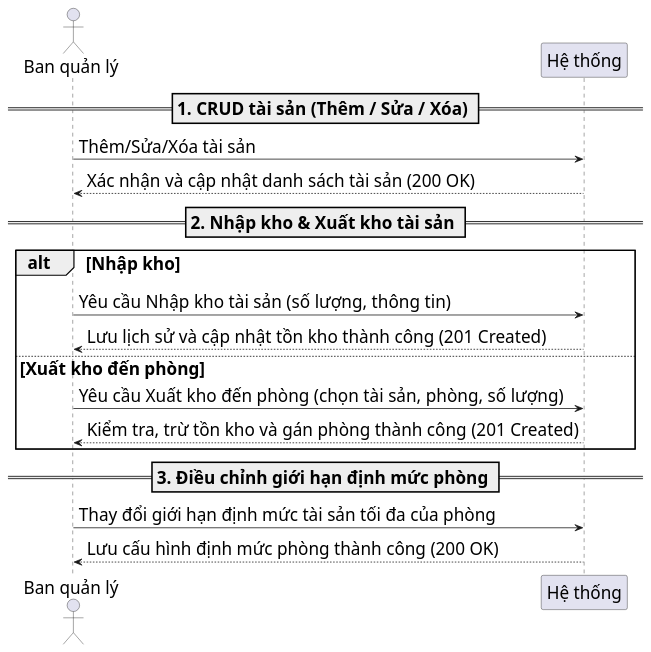
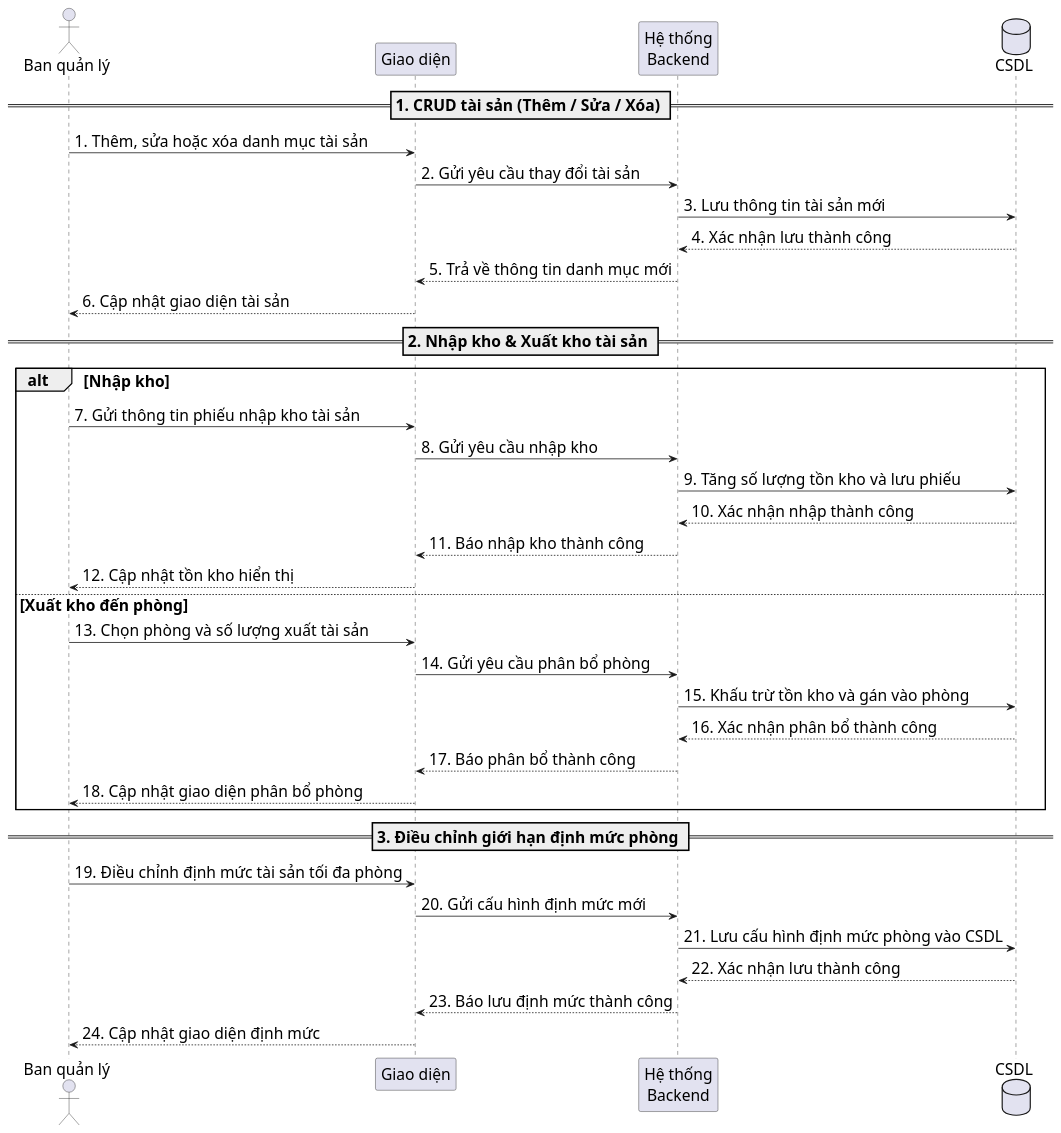
One commit to s0nbuildtech287/dormitory-frontend changed the diagram in diagrams/nhomtaisan/asset_management_sequence.puml. Above: the diagram before and after it, drawn with PlantUML. The commit also changed 23 other files, not shown here.

```diff
--- a/diagrams/nhomtaisan/asset_management_sequence.puml
+++ b/diagrams/nhomtaisan/asset_management_sequence.puml
@@ -1,25 +1,43 @@
 @startuml "Asset Management Sequence"
-skinparam defaultFontSize 22
+skinparam defaultFontSize 20
 skinparam defaultFontName "Times New Roman"
-skinparam sequenceMessageSize 22
+skinparam sequenceMessageSize 20
 
 actor "Ban quản lý" as Admin
-participant "Hệ thống" as System
+participant "Giao diện" as FE
+participant "Hệ thống\nBackend" as BE
+database "CSDL" as DB
 
 == 1. CRUD tài sản (Thêm / Sửa / Xóa) ==
-Admin -> System: Thêm/Sửa/Xóa tài sản
-System --> Admin: Xác nhận và cập nhật danh sách tài sản (200 OK)
+Admin -> FE: 1. Thêm, sửa hoặc xóa danh mục tài sản
+FE -> BE: 2. Gửi yêu cầu thay đổi tài sản
+BE -> DB: 3. Lưu thông tin tài sản mới
+DB --> BE: 4. Xác nhận lưu thành công
+BE --> FE: 5. Trả về thông tin danh mục mới
+FE --> Admin: 6. Cập nhật giao diện tài sản
 
 == 2. Nhập kho & Xuất kho tài sản ==
 alt Nhập kho
-  Admin -> System: Yêu cầu Nhập kho tài sản (số lượng, thông tin)
-  System --> Admin: Lưu lịch sử và cập nhật tồn kho thành công (201 Created)
+  Admin -> FE: 7. Gửi thông tin phiếu nhập kho tài sản
+  FE -> BE: 8. Gửi yêu cầu nhập kho
+  BE -> DB: 9. Tăng số lượng tồn kho và lưu phiếu
+  DB --> BE: 10. Xác nhận nhập thành công
+  BE --> FE: 11. Báo nhập kho thành công
+  FE --> Admin: 12. Cập nhật tồn kho hiển thị
 else Xuất kho đến phòng
-  Admin -> System: Yêu cầu Xuất kho đến phòng (chọn tài sản, phòng, số lượng)
-  System --> Admin: Kiểm tra, trừ tồn kho và gán phòng thành công (201 Created)
+  Admin -> FE: 13. Chọn phòng và số lượng xuất tài sản
+  FE -> BE: 14. Gửi yêu cầu phân bổ phòng
+  BE -> DB: 15. Khấu trừ tồn kho và gán vào phòng
+  DB --> BE: 16. Xác nhận phân bổ thành công
+  BE --> FE: 17. Báo phân bổ thành công
+  FE --> Admin: 18. Cập nhật giao diện phân bổ phòng
 end
 
 == 3. Điều chỉnh giới hạn định mức phòng ==
-Admin -> System: Thay đổi giới hạn định mức tài sản tối đa của phòng
-System --> Admin: Lưu cấu hình định mức phòng thành công (200 OK)
+Admin -> FE: 19. Điều chỉnh định mức tài sản tối đa phòng
+FE -> BE: 20. Gửi cấu hình định mức mới
+BE -> DB: 21. Lưu cấu hình định mức phòng vào CSDL
+DB --> BE: 22. Xác nhận lưu thành công
+BE --> FE: 23. Báo lưu định mức thành công
+FE --> Admin: 24. Cập nhật giao diện định mức
 @enduml
```
